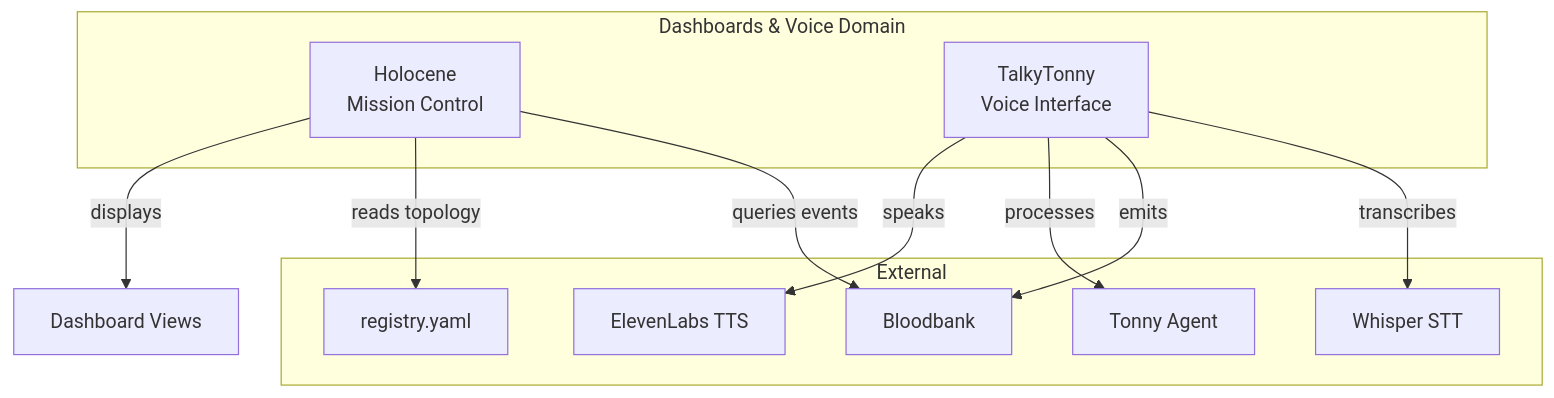
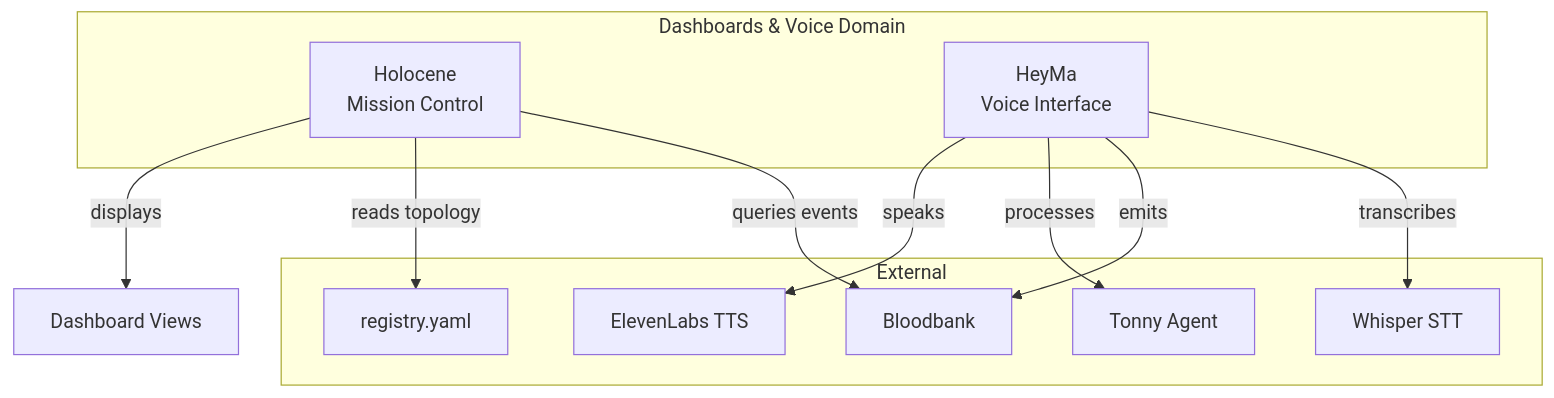
One commit to delorenj/33GOD changed the first of 2 diagrams in docs/domains/dashboards-voice/GOD.md. Above: the diagram before and after it, drawn with Mermaid. The commit also changed other lines of this file and 38 other files, not shown here.

Commit message:
refactor: Rename TalkyTonny submodule to HeyMa. Also updated all references

````diff
--- a/docs/domains/dashboards-voice/GOD.md
+++ b/docs/domains/dashboards-voice/GOD.md
@@ -22,24 +22,24 @@
 ```mermaid
 graph TB
     subgraph "Dashboards & Voice Domain"
         HC[Holocene<br/>Mission Control]
-        TT[TalkyTonny<br/>Voice Interface]
+        TT[HeyMa<br/>Voice Interface]
     end
 
     subgraph "External"
         BB[Bloodbank]
         REG[registry.yaml]
         WHISPER[Whisper STT]
         ELEVEN[ElevenLabs TTS]
         TONNY[Tonny Agent]
     end
 
     HC -->|queries events| BB
     HC -->|reads topology| REG
     HC -->|displays| DASH[Dashboard Views]
 
     TT -->|transcribes| WHISPER
     TT -->|emits| BB
     TT -->|processes| TONNY
     TT -->|speaks| ELEVEN
 ```
````
